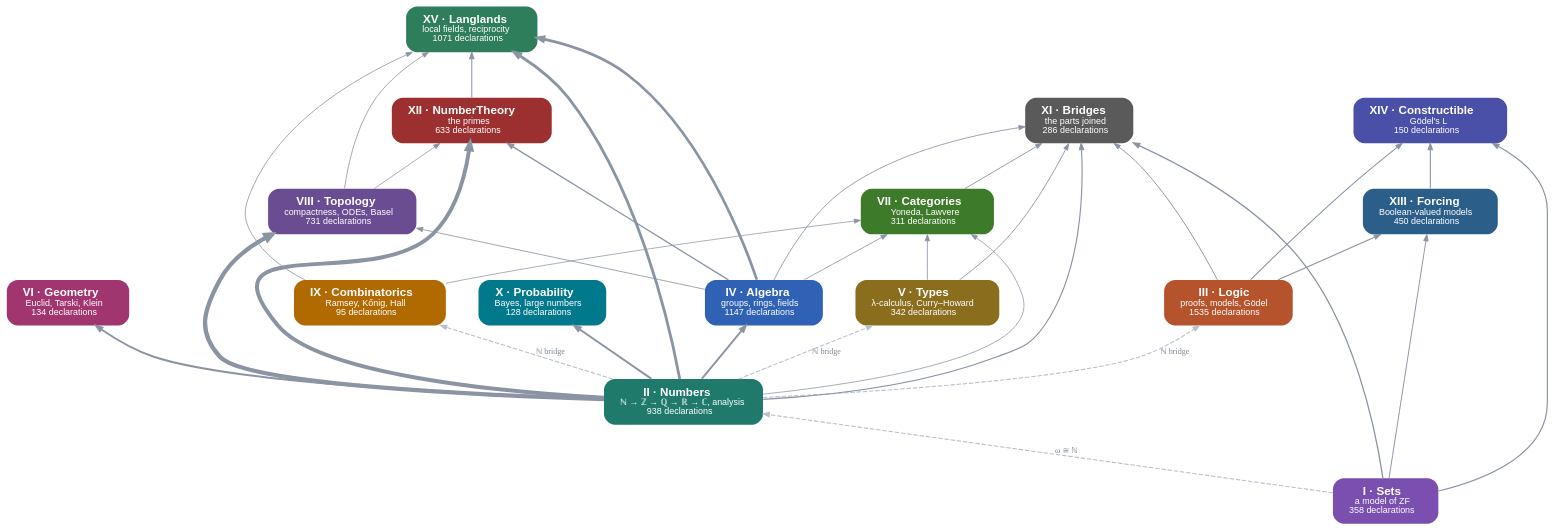
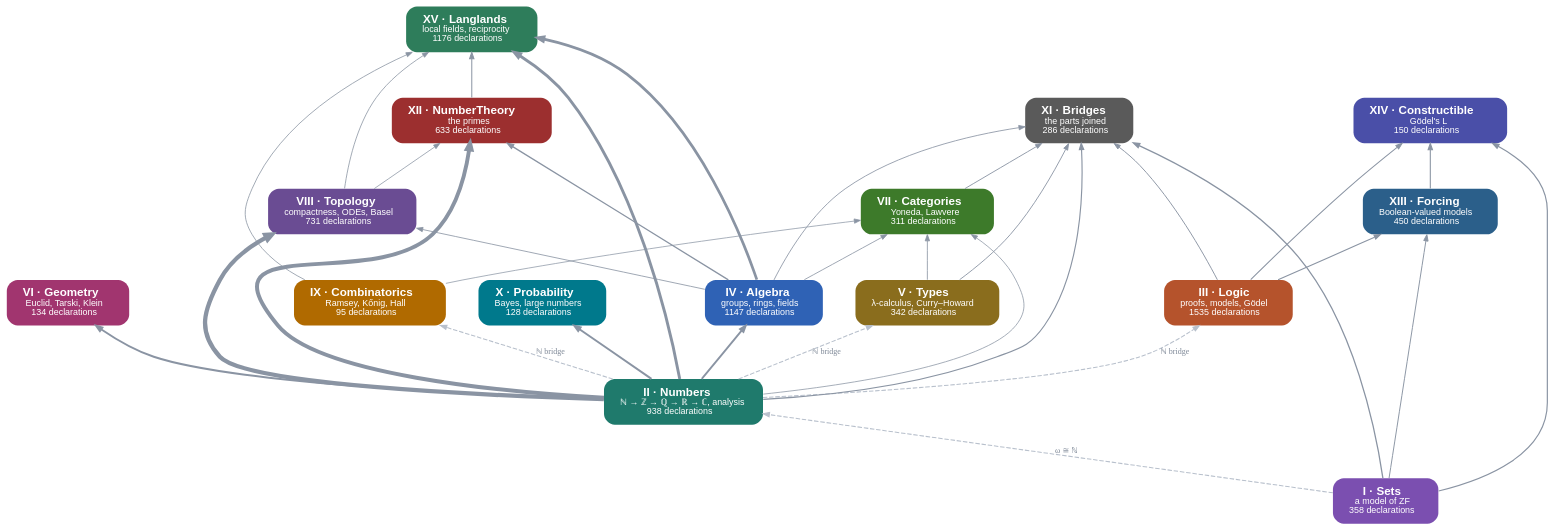
The diagram in site/dist/parts.dot (damianspendel/foundations), drawn with Graphviz before and after one commit. The commit also changed 19 other files, not shown here.

```diff
--- a/site/dist/parts.dot
+++ b/site/dist/parts.dot
@@ -1,52 +1,52 @@
 digraph parts {
 rankdir=BT; bgcolor="transparent"; nodesep=0.5; ranksep=0.7;
 node [shape=box, style="rounded,filled", fontname="Helvetica", fontsize=13, penwidth=0, margin="0.25,0.12"];
 edge [color="#8a94a3", arrowsize=0.7];
 "Sets" [label=<<b>I · Sets</b><br/><font point-size="10">a model of ZF<br/>358 declarations</font>>, fillcolor="#7b4fb0", fontcolor="white"];
 "Numbers" [label=<<b>II · Numbers</b><br/><font point-size="10">ℕ → ℤ → ℚ → ℝ → ℂ, analysis<br/>938 declarations</font>>, fillcolor="#1f7a6c", fontcolor="white"];
 "Logic" [label=<<b>III · Logic</b><br/><font point-size="10">proofs, models, Gödel<br/>1535 declarations</font>>, fillcolor="#b5532c", fontcolor="white"];
 "Algebra" [label=<<b>IV · Algebra</b><br/><font point-size="10">groups, rings, fields<br/>1147 declarations</font>>, fillcolor="#2f62b5", fontcolor="white"];
 "Types" [label=<<b>V · Types</b><br/><font point-size="10">λ-calculus, Curry–Howard<br/>342 declarations</font>>, fillcolor="#8a6d1d", fontcolor="white"];
 "Geometry" [label=<<b>VI · Geometry</b><br/><font point-size="10">Euclid, Tarski, Klein<br/>134 declarations</font>>, fillcolor="#a1356f", fontcolor="white"];
 "Categories" [label=<<b>VII · Categories</b><br/><font point-size="10">Yoneda, Lawvere<br/>311 declarations</font>>, fillcolor="#3d7a2a", fontcolor="white"];
 "Topology" [label=<<b>VIII · Topology</b><br/><font point-size="10">compactness, ODEs, Basel<br/>731 declarations</font>>, fillcolor="#6a4c93", fontcolor="white"];
 "Combinatorics" [label=<<b>IX · Combinatorics</b><br/><font point-size="10">Ramsey, Kőnig, Hall<br/>95 declarations</font>>, fillcolor="#b06a00", fontcolor="white"];
 "Probability" [label=<<b>X · Probability</b><br/><font point-size="10">Bayes, large numbers<br/>128 declarations</font>>, fillcolor="#00798c", fontcolor="white"];
 "Bridges" [label=<<b>XI · Bridges</b><br/><font point-size="10">the parts joined<br/>286 declarations</font>>, fillcolor="#5a5a5a", fontcolor="white"];
 "NumberTheory" [label=<<b>XII · NumberTheory</b><br/><font point-size="10">the primes<br/>633 declarations</font>>, fillcolor="#9c2f2f", fontcolor="white"];
 "Forcing" [label=<<b>XIII · Forcing</b><br/><font point-size="10">Boolean-valued models<br/>450 declarations</font>>, fillcolor="#2b5f8a", fontcolor="white"];
 "Constructible" [label=<<b>XIV · Constructible</b><br/><font point-size="10">Gödel's L<br/>150 declarations</font>>, fillcolor="#4a4fa8", fontcolor="white"];
-"Langlands" [label=<<b>XV · Langlands</b><br/><font point-size="10">local fields, reciprocity<br/>1071 declarations</font>>, fillcolor="#2e7d5b", fontcolor="white"];
+"Langlands" [label=<<b>XV · Langlands</b><br/><font point-size="10">local fields, reciprocity<br/>1176 declarations</font>>, fillcolor="#2e7d5b", fontcolor="white"];
 "Algebra" -> "Bridges" [penwidth=0.94, tooltip="37 uses of Algebra in Bridges"];
 "Algebra" -> "Categories" [penwidth=0.91, tooltip="23 uses of Algebra in Categories"];
-"Algebra" -> "Langlands" [penwidth=3.03, tooltip="9148 uses of Algebra in Langlands"];
+"Algebra" -> "Langlands" [penwidth=3.08, tooltip="9603 uses of Algebra in Langlands"];
 "Algebra" -> "NumberTheory" [penwidth=1.40, tooltip="653 uses of Algebra in NumberTheory"];
 "Algebra" -> "Topology" [penwidth=0.91, tooltip="24 uses of Algebra in Topology"];
 "Categories" -> "Bridges" [penwidth=1.01, tooltip="82 uses of Categories in Bridges"];
 "Combinatorics" -> "Categories" [penwidth=0.82, tooltip="1 uses of Combinatorics in Categories"];
 "Combinatorics" -> "Langlands" [penwidth=0.88, tooltip="12 uses of Combinatorics in Langlands"];
 "Forcing" -> "Constructible" [penwidth=1.21, tooltip="314 uses of Forcing in Constructible"];
 "Logic" -> "Bridges" [penwidth=1.05, tooltip="115 uses of Logic in Bridges"];
 "Logic" -> "Constructible" [penwidth=1.16, tooltip="234 uses of Logic in Constructible"];
 "Logic" -> "Forcing" [penwidth=1.23, tooltip="338 uses of Logic in Forcing"];
 "NumberTheory" -> "Langlands" [penwidth=1.12, tooltip="186 uses of NumberTheory in Langlands"];
 "Numbers" -> "Algebra" [penwidth=2.10, tooltip="3114 uses of Numbers in Algebra"];
 "Numbers" -> "Bridges" [penwidth=1.27, tooltip="404 uses of Numbers in Bridges"];
 "Numbers" -> "Categories" [penwidth=0.85, tooltip="5 uses of Numbers in Categories"];
 "Numbers" -> "Geometry" [penwidth=2.12, tooltip="3189 uses of Numbers in Geometry"];
-"Numbers" -> "Langlands" [penwidth=3.14, tooltip="10107 uses of Numbers in Langlands"];
+"Numbers" -> "Langlands" [penwidth=3.25, tooltip="11066 uses of Numbers in Langlands"];
 "Numbers" -> "NumberTheory" [penwidth=4.39, tooltip="23743 uses of Numbers in NumberTheory"];
 "Numbers" -> "Probability" [penwidth=2.21, tooltip="3662 uses of Numbers in Probability"];
 "Numbers" -> "Topology" [penwidth=4.80, tooltip="29469 uses of Numbers in Topology"];
 "Sets" -> "Bridges" [penwidth=1.46, tooltip="796 uses of Sets in Bridges"];
 "Sets" -> "Constructible" [penwidth=1.32, tooltip="492 uses of Sets in Constructible"];
 "Sets" -> "Forcing" [penwidth=1.08, tooltip="145 uses of Sets in Forcing"];
 "Topology" -> "Langlands" [penwidth=0.88, tooltip="11 uses of Topology in Langlands"];
 "Topology" -> "NumberTheory" [penwidth=0.85, tooltip="4 uses of Topology in NumberTheory"];
 "Types" -> "Bridges" [penwidth=1.00, tooltip="73 uses of Types in Bridges"];
 "Types" -> "Categories" [penwidth=0.91, tooltip="21 uses of Types in Categories"];
 "Sets" -> "Numbers" [style=dashed, color="#b8c0cc", penwidth=1.2, label=<<font point-size="9" color="#7d8796">ω ≅ ℕ</font>>];
 "Numbers" -> "Logic" [style=dashed, color="#b8c0cc", penwidth=1.2, label=<<font point-size="9" color="#7d8796">ℕ bridge</font>>];
 "Numbers" -> "Types" [style=dashed, color="#b8c0cc", penwidth=1.2, label=<<font point-size="9" color="#7d8796">ℕ bridge</font>>];
 "Numbers" -> "Combinatorics" [style=dashed, color="#b8c0cc", penwidth=1.2, label=<<font point-size="9" color="#7d8796">ℕ bridge</font>>];
 }
```
